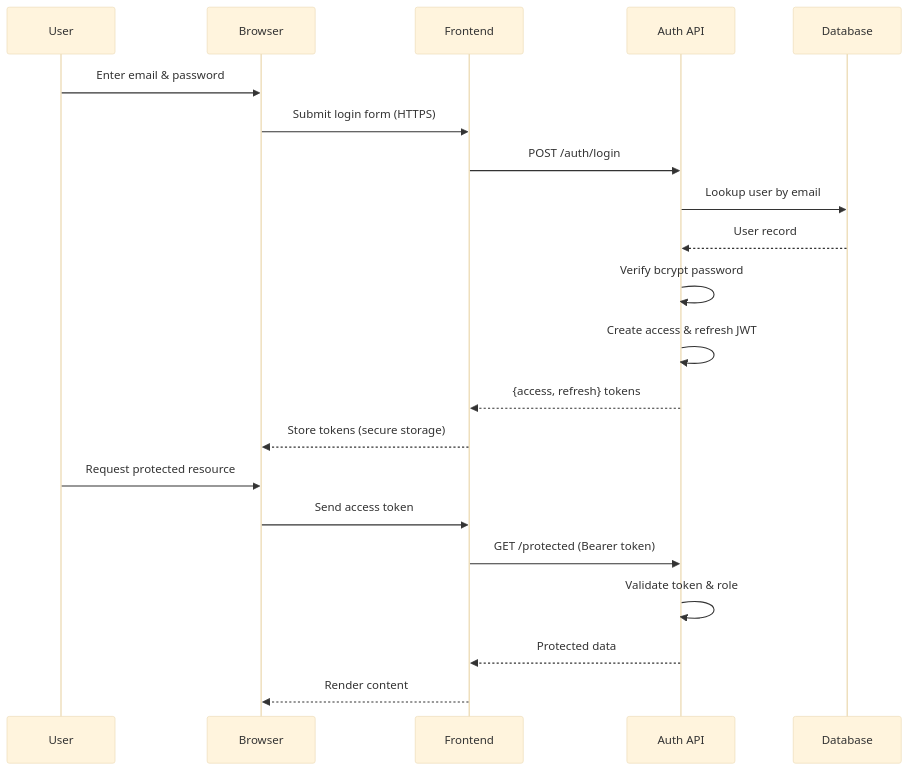
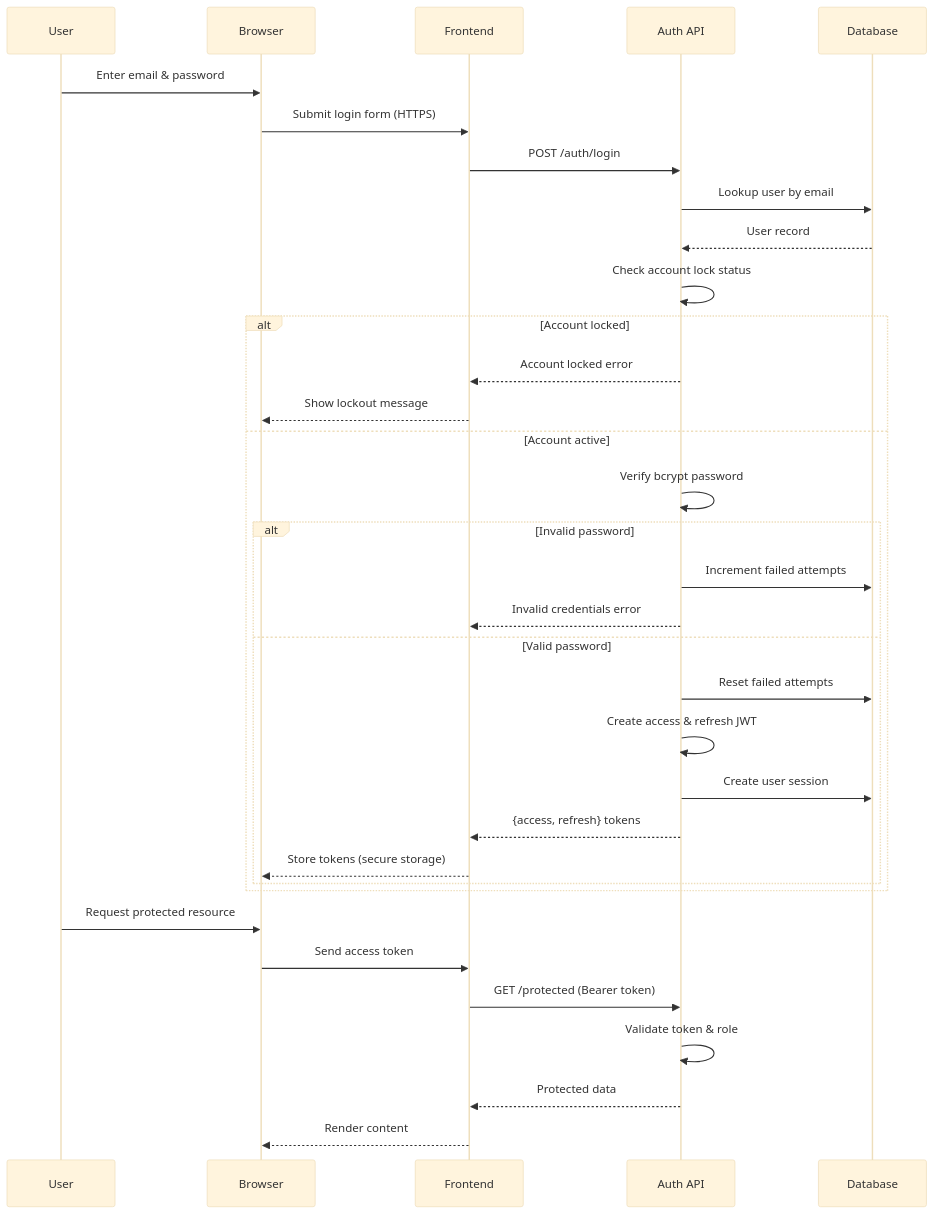
The first of 3 diagrams in docs/AUTH_FLOWS.md (mehrdad-zade/x-university-2), drawn with Mermaid (base theme) before and after one commit. The commit also changed other lines of this file and 22 other files, not shown here.

````diff
--- a/docs/AUTH_FLOWS.md
+++ b/docs/AUTH_FLOWS.md
@@ -7,24 +7,37 @@
 ```mermaid
 sequenceDiagram
     participant U as User
     participant B as Browser
     participant F as Frontend
     participant A as Auth API
     participant DB as Database
 
     U->>B: Enter email & password
     B->>F: Submit login form (HTTPS)
     F->>A: POST /auth/login
     A->>DB: Lookup user by email
     DB-->>A: User record
-    A->>A: Verify bcrypt password
-    A->>A: Create access & refresh JWT
-    A-->>F: {access, refresh} tokens
-    F-->>B: Store tokens (secure storage)
+    A->>A: Check account lock status
+    alt Account locked
+        A-->>F: Account locked error
+        F-->>B: Show lockout message
+    else Account active
+        A->>A: Verify bcrypt password
+        alt Invalid password
+            A->>DB: Increment failed attempts
+            A-->>F: Invalid credentials error
+        else Valid password
+            A->>DB: Reset failed attempts
+            A->>A: Create access & refresh JWT
+            A->>DB: Create user session
+            A-->>F: {access, refresh} tokens
+            F-->>B: Store tokens (secure storage)
+        end
+    end
     U->>B: Request protected resource
     B->>F: Send access token
     F->>A: GET /protected (Bearer token)
     A->>A: Validate token & role
     A-->>F: Protected data
     F-->>B: Render content
 ```
````
